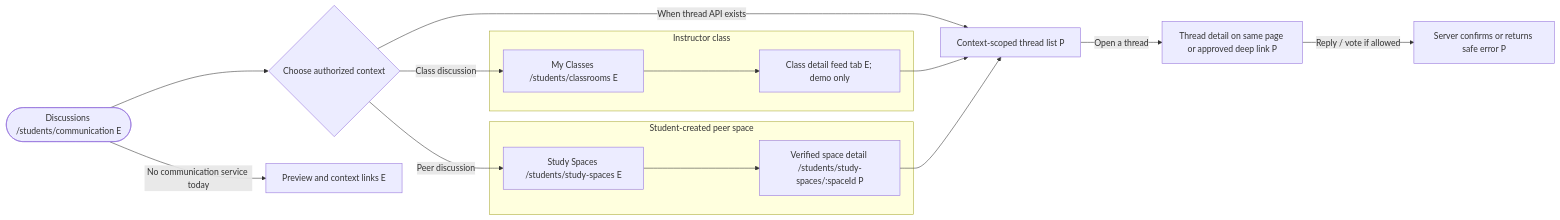
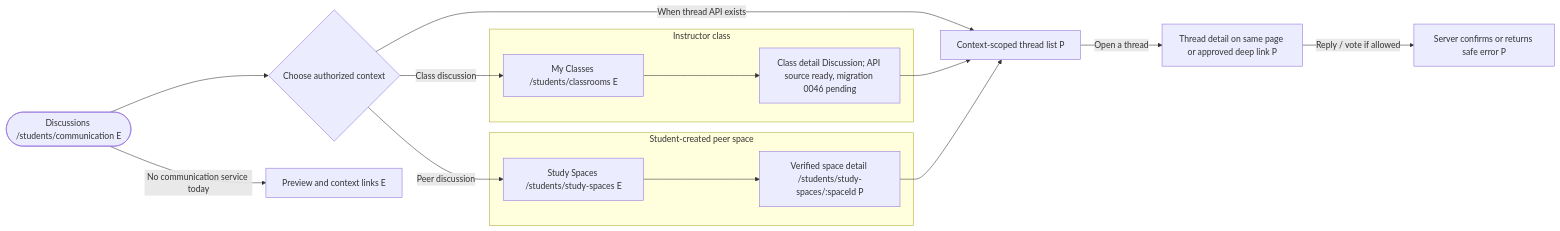
Before and after one commit to devCarlJoseph/owlio-app: the seventh of 14 diagrams in OWLIO_STUDENT__WORKFLOW_PLAN.md, drawn with Mermaid. The commit also changed 15 other files, not shown here.

Commit message:
feat(classrooms): add discussion feed with class comments and reactions

````diff
--- a/OWLIO_STUDENT__WORKFLOW_PLAN.md
+++ b/OWLIO_STUDENT__WORKFLOW_PLAN.md
@@ -517,22 +517,22 @@
 ```mermaid
 flowchart LR
   DISC(["Discussions /students/communication E"]) --> CTX{"Choose authorized context"}
   subgraph CLASS_CONTEXT["Instructor class"]
     CL["My Classes /students/classrooms E"]
-    FEED["Class detail feed tab E; demo only"]
+    FEED["Class detail Discussion; API source ready, migration 0046 pending"]
     CL --> FEED
   end
   subgraph PEER_CONTEXT["Student-created peer space"]
     SS["Study Spaces /students/study-spaces E"]
     SP["Verified space detail /students/study-spaces/:spaceId P"]
     SS --> SP
   end
   CTX -->|"Class discussion"| CL
   CTX -->|"Peer discussion"| SS
   CTX -->|"When thread API exists"| LIST["Context-scoped thread list P"]
   FEED --> LIST
   SP --> LIST
   LIST -->|"Open a thread"| THREAD["Thread detail on same page or approved deep link P"]
   THREAD -->|"Reply / vote if allowed"| SAVE["Server confirms or returns safe error P"]
   DISC -->|"No communication service today"| INFO["Preview and context links E"]
 ```
````
